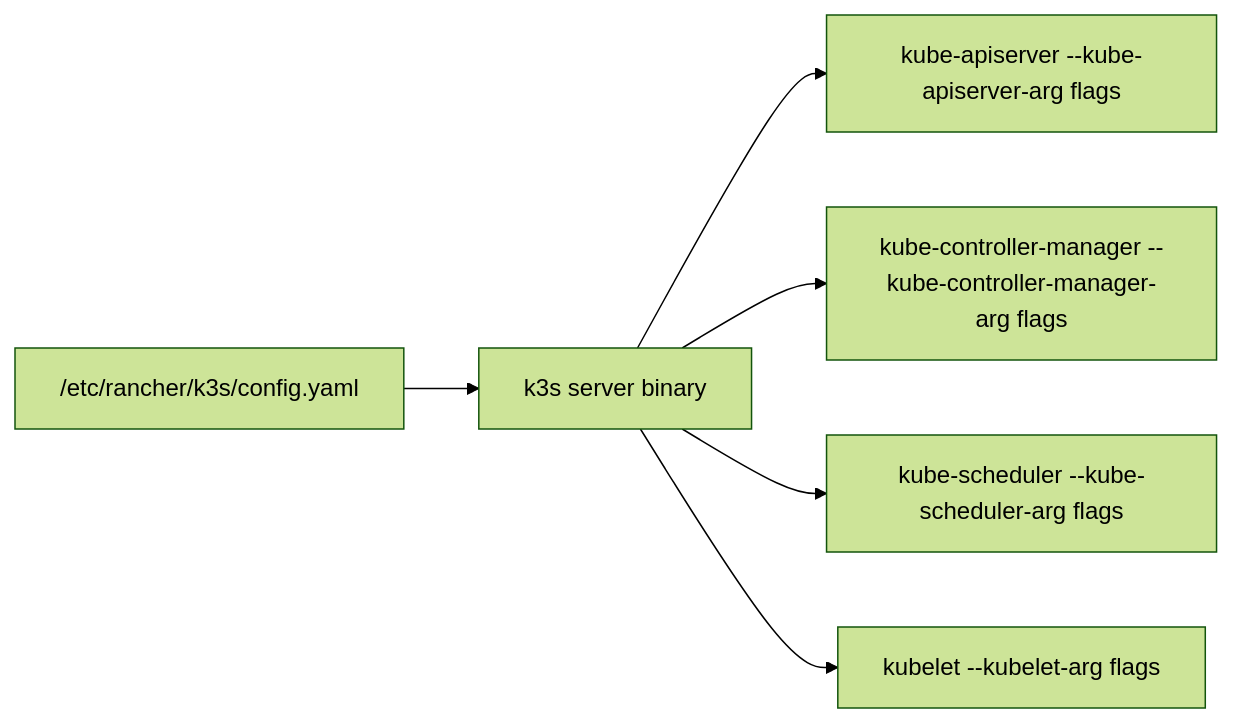
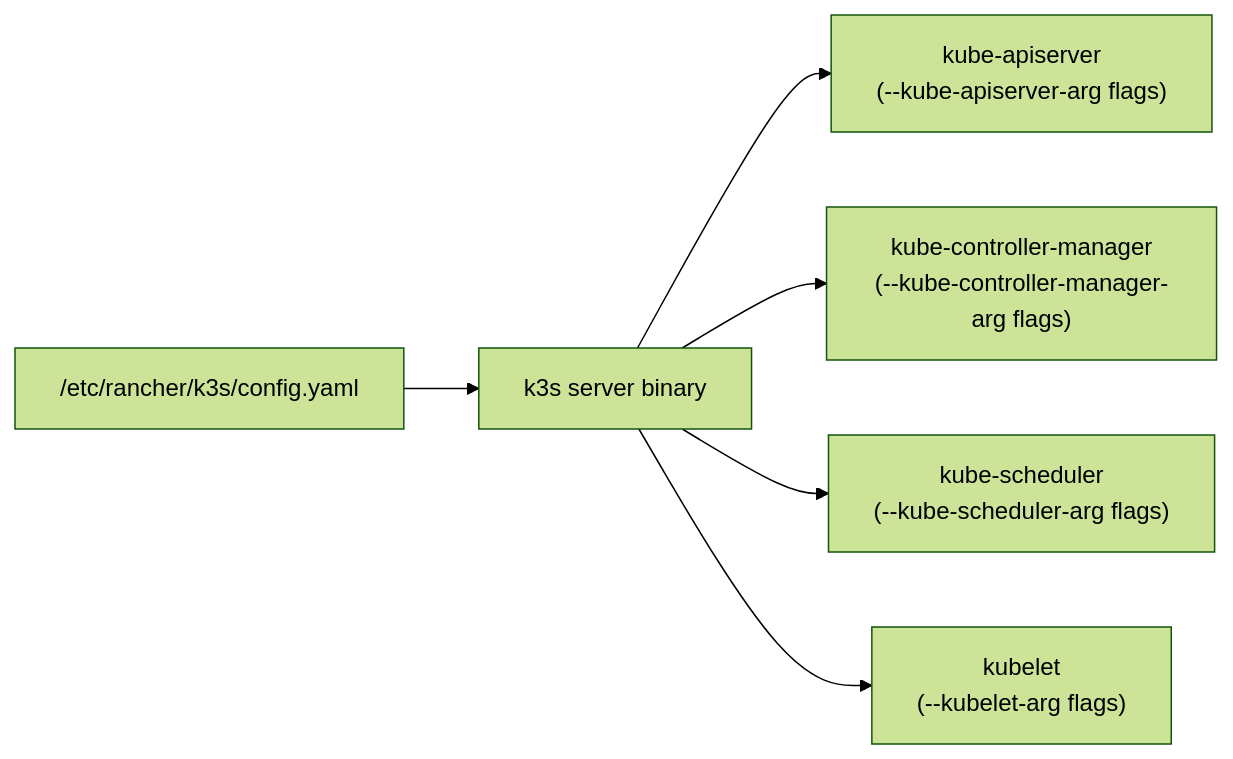
One commit to UncleJS/course_k3s changed the second of 6 diagrams in 09_security/05_hardening_guide.md. Above: the diagram before and after it, drawn with Mermaid (forest theme). The commit also changed other lines of this file and 45 other files, not shown here.

First line of the commit message:
Expand all course lessons: Mermaid diagrams + rich prose across 43 files

````diff
--- a/09_security/05_hardening_guide.md
+++ b/09_security/05_hardening_guide.md
@@ -103,8 +103,15 @@
 ```mermaid
-graph LR
-    CONFIG["/etc/rancher/k3s/config.yaml"] --> K3S[k3s server binary]
-    K3S --> APISERVER[kube-apiserver --kube-apiserver-arg flags]
-    K3S --> CM[kube-controller-manager --kube-controller-manager-arg flags]
-    K3S --> SCH[kube-scheduler --kube-scheduler-arg flags]
-    K3S --> KL[kubelet --kubelet-arg flags]
+flowchart LR
+    CONFIG["/etc/rancher/k3s/config.yaml"]
+    K3S["k3s server binary"]
+    APISERVER["kube-apiserver<br/>(--kube-apiserver-arg flags)"]
+    CM["kube-controller-manager<br/>(--kube-controller-manager-arg flags)"]
+    SCH["kube-scheduler<br/>(--kube-scheduler-arg flags)"]
+    KL["kubelet<br/>(--kubelet-arg flags)"]
+
+    CONFIG --> K3S
+    K3S --> APISERVER
+    K3S --> CM
+    K3S --> SCH
+    K3S --> KL
 ```
````
